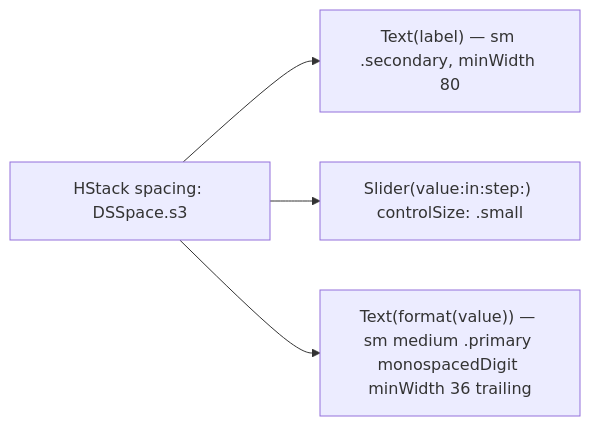
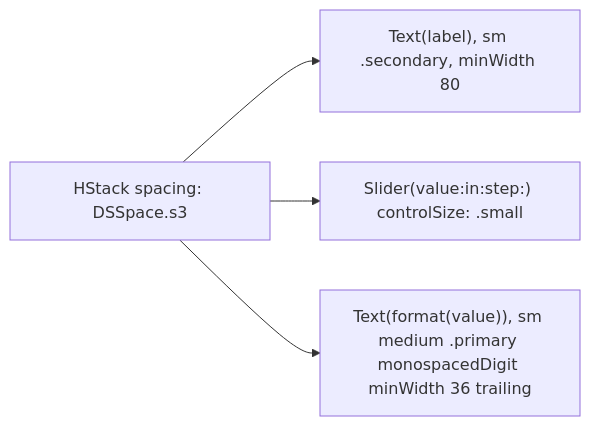
The diagram in design-system/components/labeled-slider.md (MrDemonWolf/WolfWave), drawn with Mermaid before and after one commit. The commit also changed other lines of this file and 152 other files, not shown here.

````diff
--- a/design-system/components/labeled-slider.md
+++ b/design-system/components/labeled-slider.md
@@ -31,7 +31,7 @@
 ```mermaid
 flowchart LR
     Row[HStack spacing: DSSpace.s3]
-    Row --> Label["Text(label) — sm .secondary, minWidth 80"]
+    Row --> Label["Text(label), sm .secondary, minWidth 80"]
     Row --> Slider["Slider(value:in:step:) controlSize: .small"]
-    Row --> Value["Text(format(value)) — sm medium .primary monospacedDigit minWidth 36 trailing"]
+    Row --> Value["Text(format(value)), sm medium .primary monospacedDigit minWidth 36 trailing"]
 ```
````
